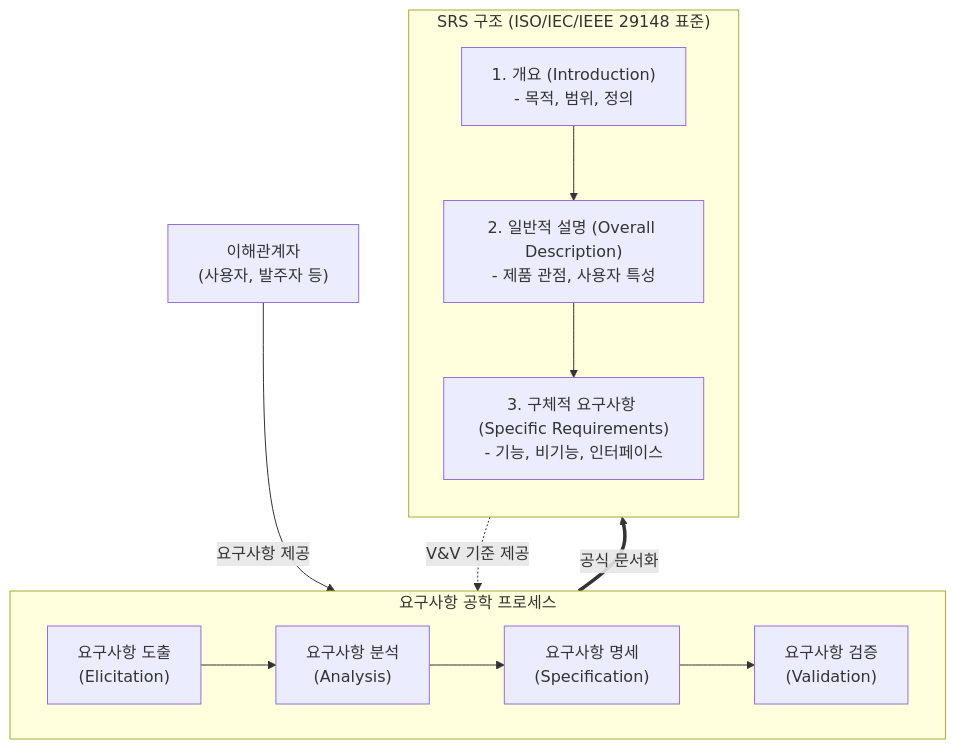
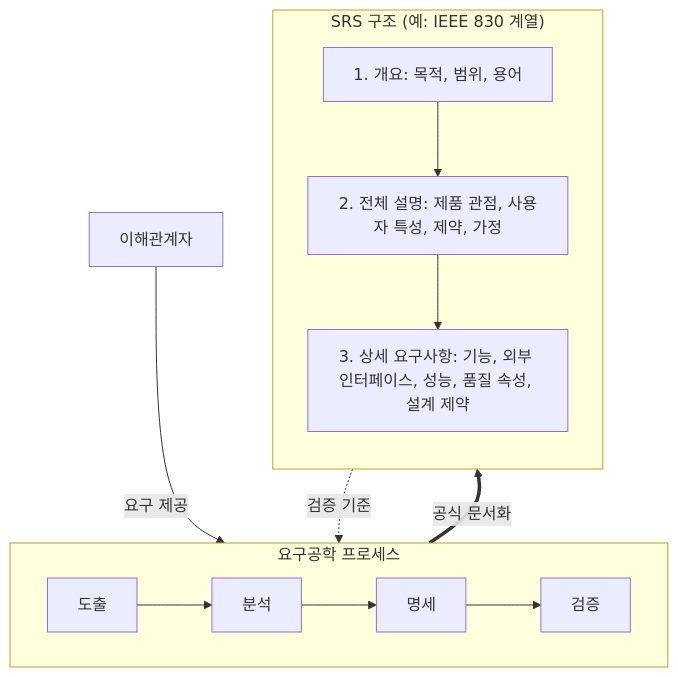
The diagram in content/01_IT Tech/요구사항 명세서.md (supremethumb/supremethumb.github.io), drawn with Mermaid before and after one commit. The commit also changed other lines of this file and 1087 other files, not shown here.

````diff
--- a/content/01_IT Tech/요구사항 명세서.md
+++ b/content/01_IT Tech/요구사항 명세서.md
@@ -35,24 +35,18 @@
 ```mermaid
 flowchart TB
-    Stakeholders["이해관계자<br/>(사용자, 발주자 등)"]
-
-    subgraph RE_Process["요구사항 공학 프로세스"]
+    SH["이해관계자"]
+    subgraph RE ["요구공학 프로세스"]
         direction LR
-        Elicitation["요구사항 도출<br/>(Elicitation)"] --> Analysis["요구사항 분석<br/>(Analysis)"]
-        Analysis --> Specification["요구사항 명세<br/>(Specification)"]
-        Specification --> Validation["요구사항 검증<br/>(Validation)"]
+        E["도출"] --> A["분석"] --> S["명세"] --> V["검증"]
     end
-
-    subgraph SRS_Structure["SRS 구조 (ISO/IEC/IEEE 29148 표준)"]
+    subgraph DOC ["SRS 구조 (예: IEEE 830 계열)"]
         direction TB
-        Intro["1. 개요 (Introduction)<br/>- 목적, 범위, 정의"]
-        Overall["2. 일반적 설명 (Overall Description)<br/>- 제품 관점, 사용자 특성"]
-        Specific["3. 구체적 요구사항 (Specific Requirements)<br/>- 기능, 비기능, 인터페이스"]
-        Intro --> Overall --> Specific
+        D1["1. 개요: 목적, 범위, 용어"]
+        D2["2. 전체 설명: 제품 관점, 사용자 특성, 제약, 가정"]
+        D3["3. 상세 요구사항: 기능, 외부 인터페이스, 성능, 품질 속성, 설계 제약"]
+        D1 --> D2 --> D3
     end
-
-    Stakeholders -->|요구사항 제공| Elicitation
-    Specification == "공식 문서화" ==> SRS_Structure
-    SRS_Structure -. "V&V 기준 제공" .-> Validation
-
+    SH -->|"요구 제공"| E
+    S ==>|"공식 문서화"| DOC
+    DOC -.->|"검증 기준"| V
 ```
````
